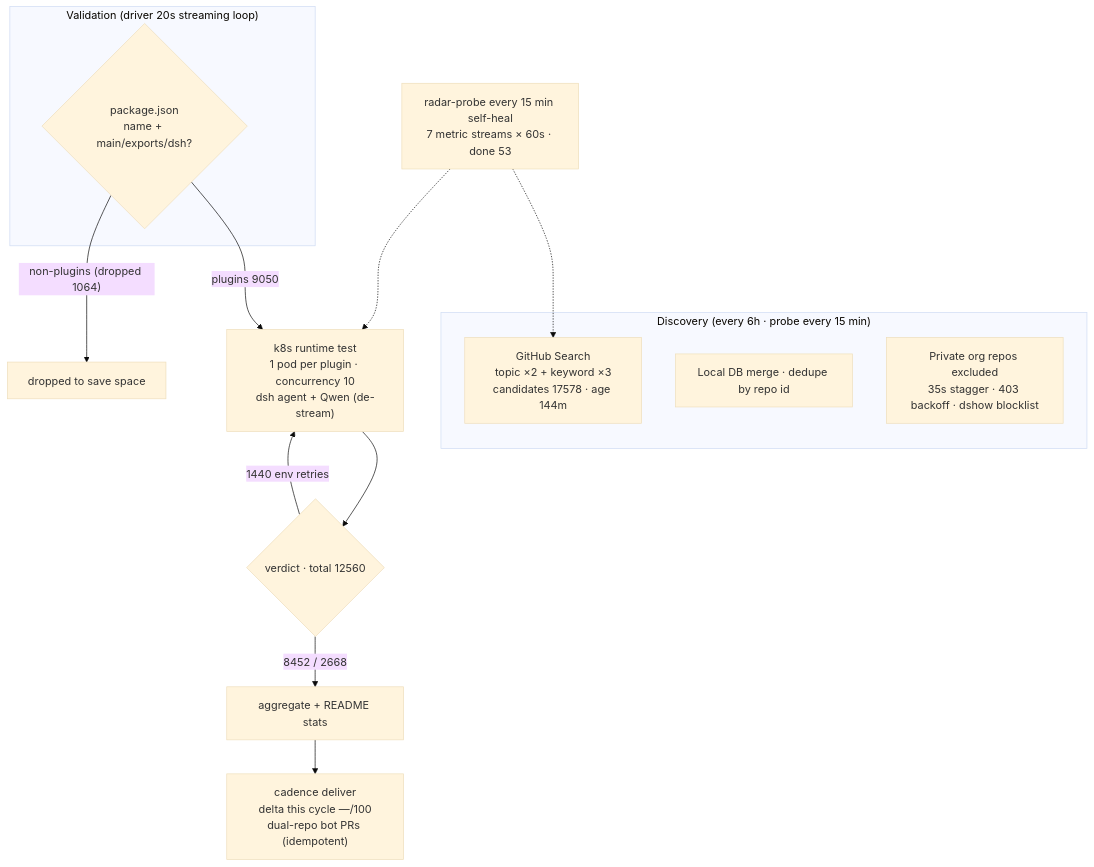
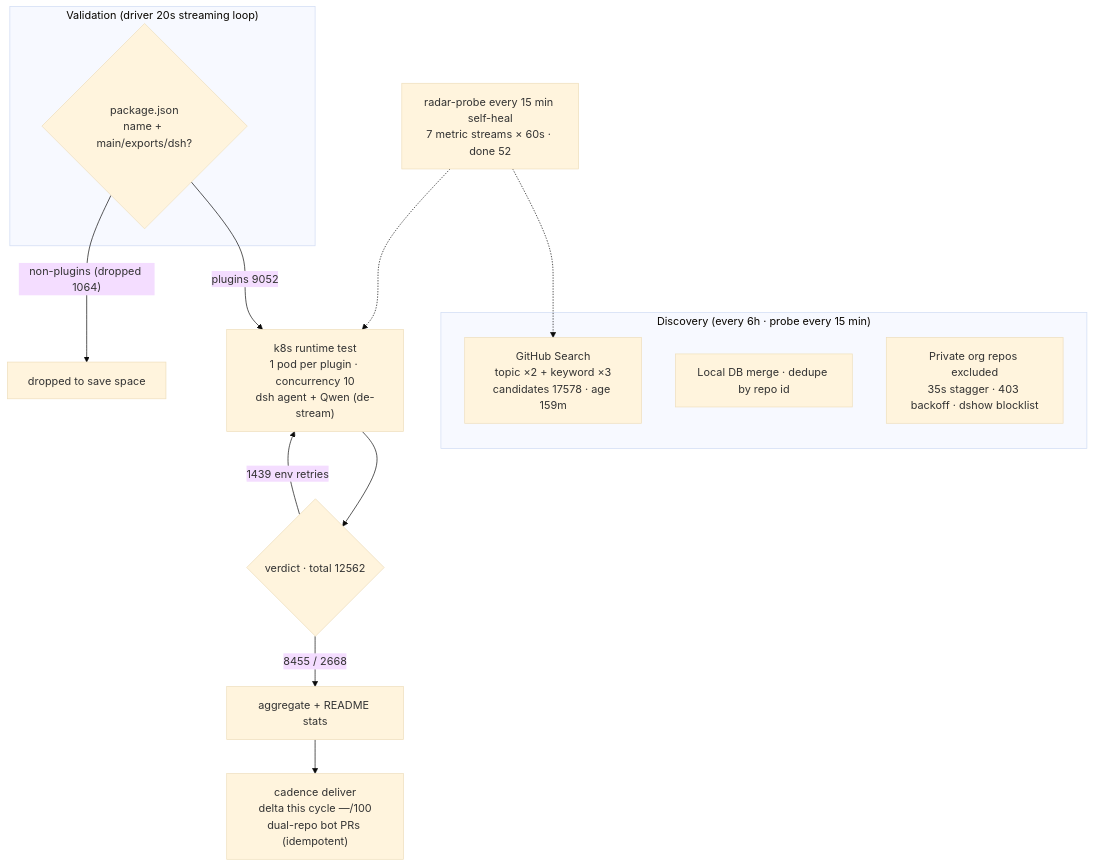
Before and after one commit to AdamPlatin123/awesome-dsh-plugins: the diagram in README.en-US.md, drawn with Mermaid (base theme). The commit also changed other lines of this file and 5 other files, not shown here.

````diff
--- a/README.en-US.md
+++ b/README.en-US.md
@@ -45,20 +45,20 @@
 ```mermaid
 flowchart TB
     subgraph Discovery["Discovery (every 6h · probe every 15 min)"]
-        A1["GitHub Search<br/>topic ×2 + keyword ×3<br/>candidates 17578 · age 144m"]
+        A1["GitHub Search<br/>topic ×2 + keyword ×3<br/>candidates 17578 · age 159m"]
         A2["Local DB merge · dedupe by repo id"]
         A3["Private org repos excluded<br/>35s stagger · 403 backoff · dshow blocklist"]
     end
     subgraph Validation["Validation (driver 20s streaming loop)"]
         B1{"package.json<br/>name + main/exports/dsh?"}
     end
-    B1 -->|"plugins 9050"| C1["k8s runtime test<br/>1 pod per plugin · concurrency 10<br/>dsh agent + Qwen (de-stream)"]
+    B1 -->|"plugins 9052"| C1["k8s runtime test<br/>1 pod per plugin · concurrency 10<br/>dsh agent + Qwen (de-stream)"]
     B1 -->|"non-plugins (dropped 1064)"| B3["dropped to save space"]
-    C1 --> D1{"verdict · total 12560"}
-    D1 -->|"8452 / 2668"| E1["aggregate + README stats"]
-    D1 -->|"1440 env retries"| C1
+    C1 --> D1{"verdict · total 12562"}
+    D1 -->|"8455 / 2668"| E1["aggregate + README stats"]
+    D1 -->|"1439 env retries"| C1
     E1 --> E2["cadence deliver<br/>delta this cycle —/100<br/>dual-repo bot PRs (idempotent)"]
-    M["radar-probe every 15 min self-heal<br/>7 metric streams × 60s · done 53"]
+    M["radar-probe every 15 min self-heal<br/>7 metric streams × 60s · done 52"]
     M -.-> A1
     M -.-> C1
 ```
````
